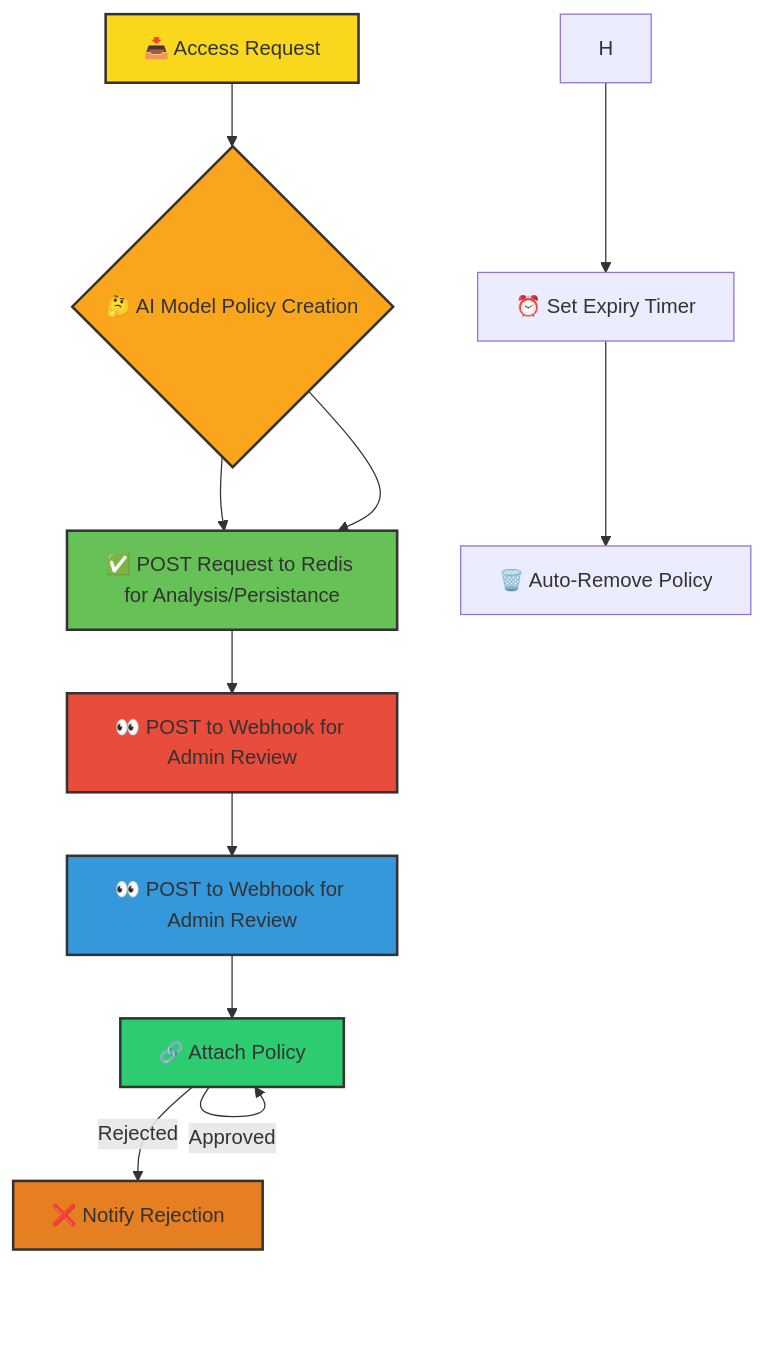
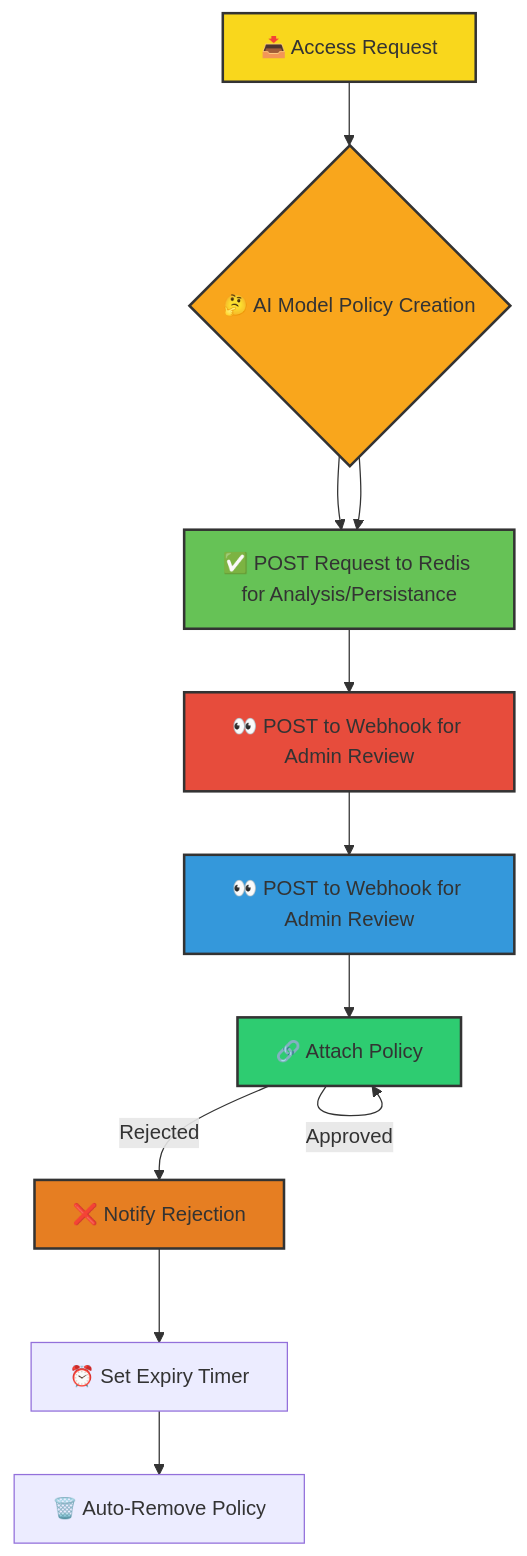
Before and after one commit to degrasse-python/kubiya-teammate-tools: the first of 2 diagrams in teammate/jit_tools/README.md, drawn with Mermaid.

````diff
--- a/teammate/jit_tools/README.md
+++ b/teammate/jit_tools/README.md
@@ -23,21 +23,21 @@
 ```mermaid
 graph TD
     A[📥 Access Request] --> B{🤔 AI Model Policy Creation}
     B --> C[📝 Policy Validation - coming soon]
     B --> C[✅ POST Request to Redis for Analysis/Persistance]
     C --> D[👀 POST to Webhook for Admin Review]
     D --> E[👀 POST to Webhook for Admin Review]
     E --> F{✅ Approval Decision}
     F -->|Approved| F[🔗 Attach Policy]
     F -->|Rejected| G[❌ Notify Rejection]
-    H --> I[⏰ Set Expiry Timer]
-    I --> J[🗑️ Auto-Remove Policy]
+    G --> H[⏰ Set Expiry Timer]
+    H --> I[🗑️ Auto-Remove Policy]
     
     style A fill:#f9d71c,stroke:#333,stroke-width:2px
     style B fill:#f9a61c,stroke:#333,stroke-width:2px
     style C fill:#66c256,stroke:#333,stroke-width:2px
     style D fill:#e74c3c,stroke:#333,stroke-width:2px
     style E fill:#3498db,stroke:#333,stroke-width:2px
     style F fill:#2ecc71,stroke:#333,stroke-width:2px
     style G fill:#e67e22,stroke:#333,stroke-width:2px
 ```
````
